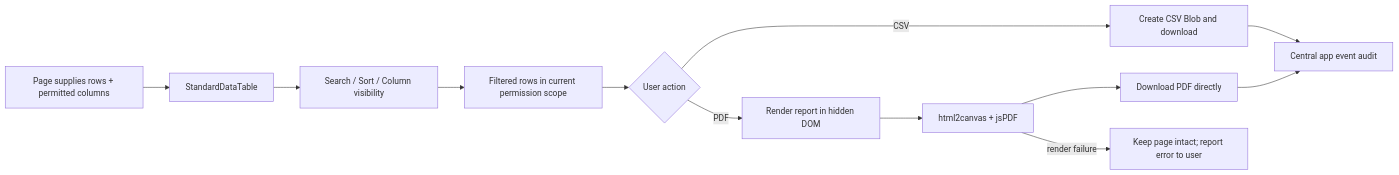
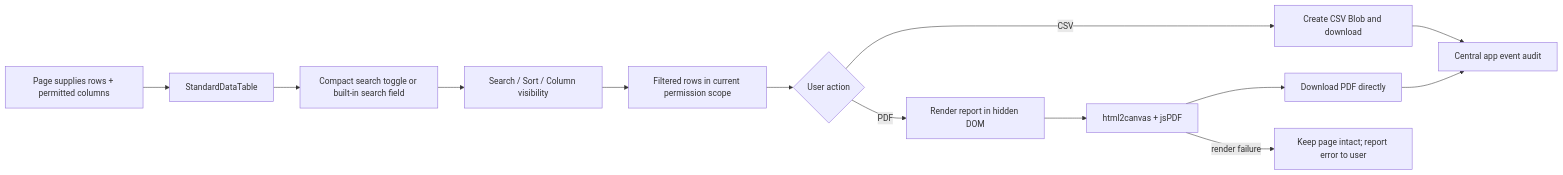
The diagram in docs/STANDARD_DATA_TABLE_FLOW.md (paramonjong-afk/WisdomAI), drawn with Mermaid before and after one commit. The commit also changed other lines of this file and 12 other files, not shown here.

````diff
--- a/docs/STANDARD_DATA_TABLE_FLOW.md
+++ b/docs/STANDARD_DATA_TABLE_FLOW.md
@@ -5,14 +5,15 @@
 ```mermaid
 flowchart LR
   A[Page supplies rows + permitted columns] --> B[StandardDataTable]
-  B --> C[Search / Sort / Column visibility]
+  B --> S[Compact search toggle or built-in search field]
+  S --> C[Search / Sort / Column visibility]
   C --> D[Filtered rows in current permission scope]
   D --> E{User action}
   E -->|CSV| F[Create CSV Blob and download]
   E -->|PDF| G[Render report in hidden DOM]
   G --> H[html2canvas + jsPDF]
   H --> I[Download PDF directly]
   F --> J[Central app event audit]
   I --> J
   H -->|render failure| K[Keep page intact; report error to user]
 ```
````
